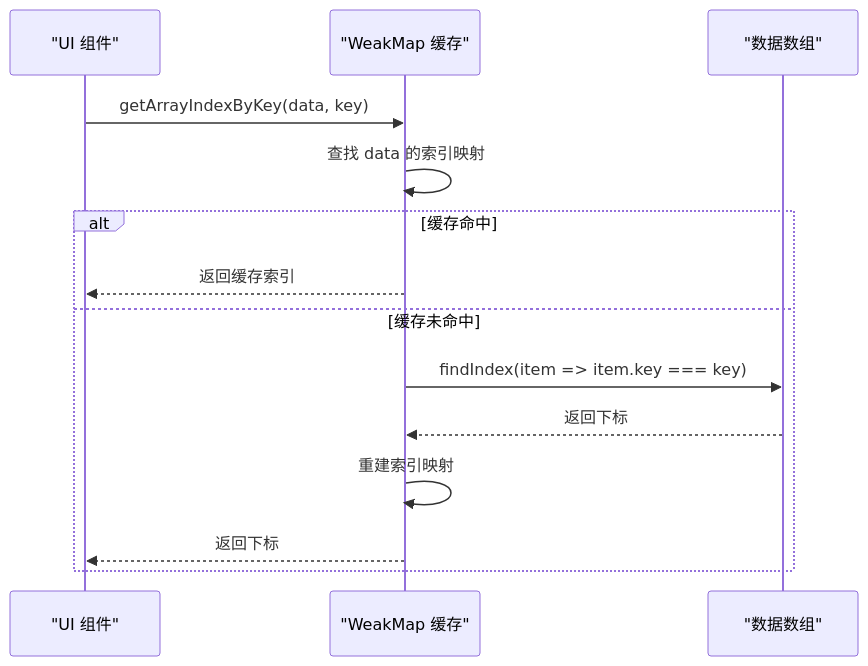
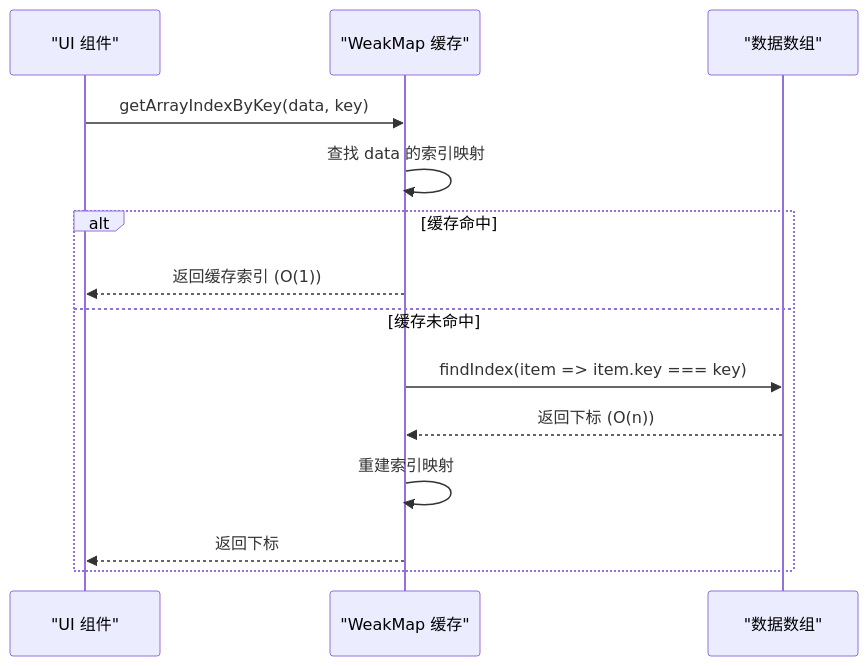
One commit to liqiongke/FrontArk changed the eighth of 10 diagrams in .qoder/repowiki/zh/content/框架核心/状态管理.md. Above: the diagram before and after it, drawn with Mermaid. The commit also changed other lines of this file and 17 other files, not shown here.

````diff
--- a/.qoder/repowiki/zh/content/框架核心/状态管理.md
+++ b/.qoder/repowiki/zh/content/框架核心/状态管理.md
@@ -384,16 +393,16 @@
 ```mermaid
 sequenceDiagram
 participant UI as "UI 组件"
 participant Cache as "WeakMap 缓存"
 participant Array as "数据数组"
 UI->>Cache : getArrayIndexByKey(data, key)
 Cache->>Cache : 查找 data 的索引映射
 alt 缓存命中
-Cache-->>UI : 返回缓存索引
+Cache-->>UI : 返回缓存索引 (O(1))
 else 缓存未命中
 Cache->>Array : findIndex(item => item.key === key)
-Array-->>Cache : 返回下标
+Array-->>Cache : 返回下标 (O(n))
 Cache->>Cache : 重建索引映射
 Cache-->>UI : 返回下标
 end
 ```
````
